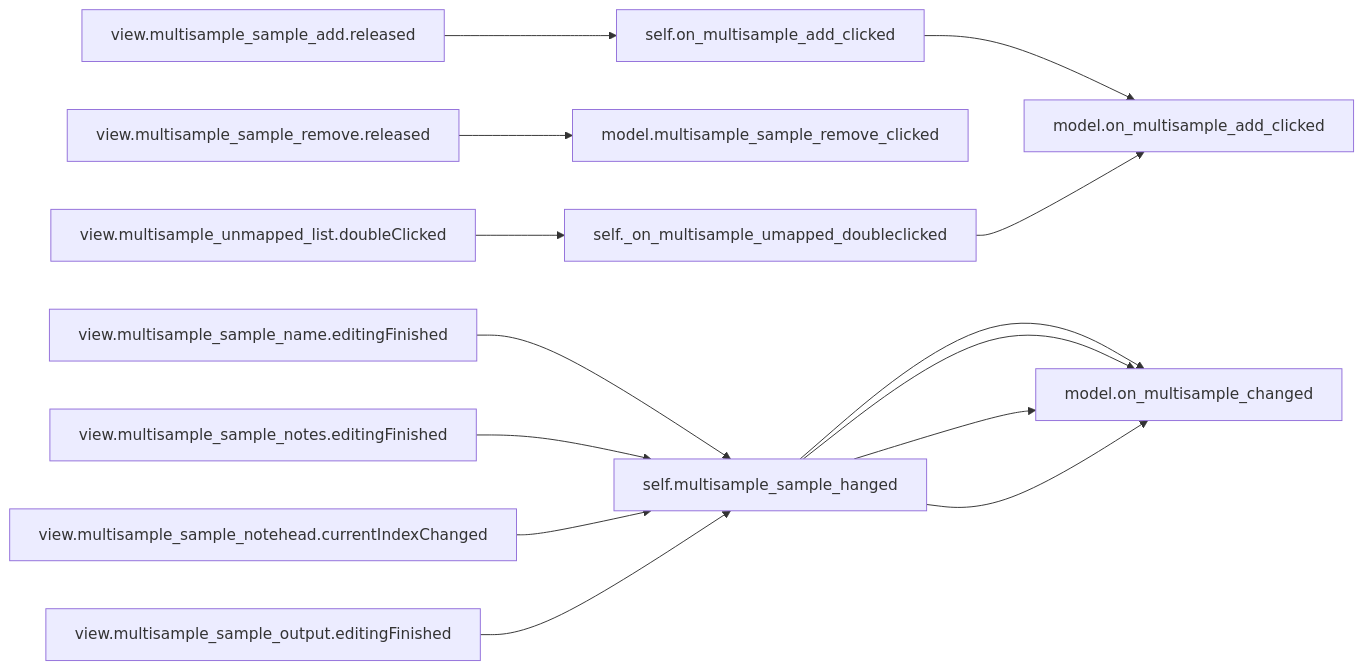
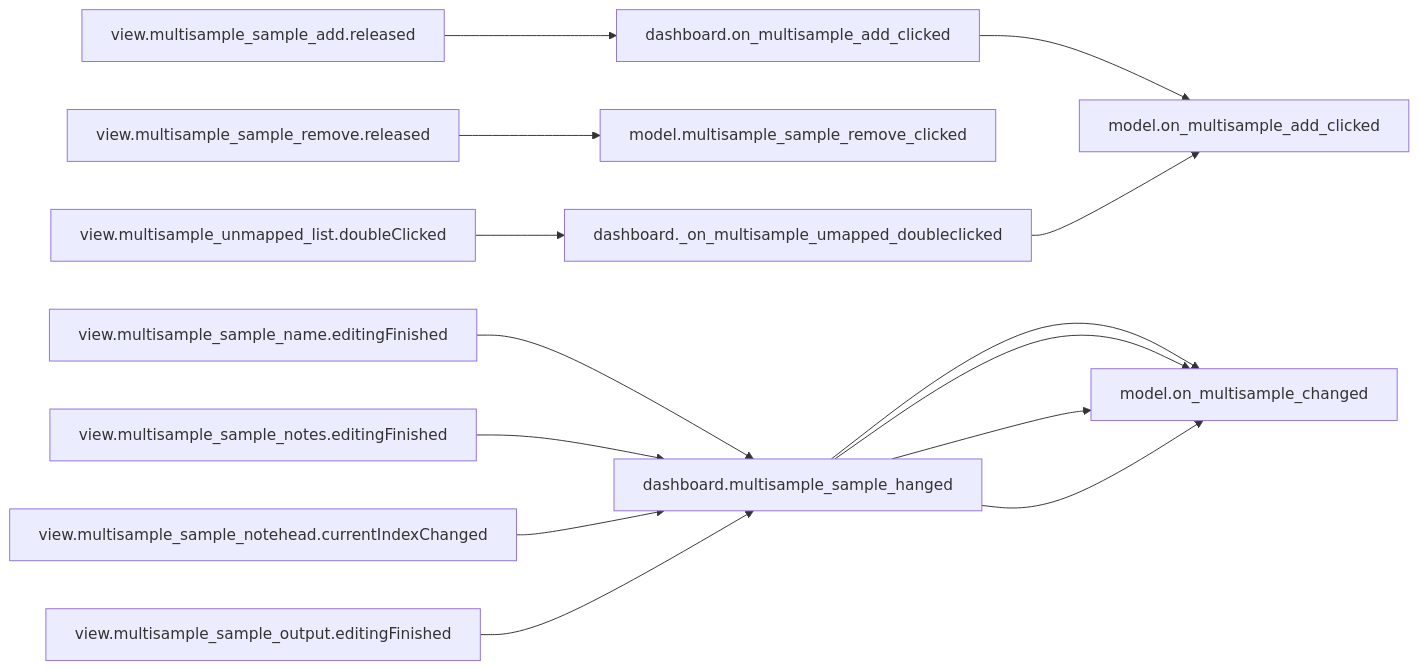
The eighth of 10 diagrams in doc/source/dashboard_signal_slot_map.rst (com-posers-pit/smw_music), drawn with Mermaid before and after one commit. The commit also changed other lines of this file and 6 other files, not shown here.

```diff
--- a/doc/source/dashboard_signal_slot_map.rst
+++ b/doc/source/dashboard_signal_slot_map.rst
@@ -191,10 +191,10 @@
 .. mermaid::
 
    flowchart LR
-      view.multisample_sample_add.released --> self.on_multisample_add_clicked --> model.on_multisample_add_clicked
+      view.multisample_sample_add.released --> dashboard.on_multisample_add_clicked --> model.on_multisample_add_clicked
       view.multisample_sample_remove.released --> model.multisample_sample_remove_clicked
-      view.multisample_sample_name.editingFinished --> self.multisample_sample_hanged --> model.on_multisample_changed
-      view.multisample_sample_notes.editingFinished --> self.multisample_sample_hanged --> model.on_multisample_changed
-      view.multisample_sample_notehead.currentIndexChanged --> self.multisample_sample_hanged --> model.on_multisample_changed
-      view.multisample_sample_output.editingFinished --> self.multisample_sample_hanged --> model.on_multisample_changed
-      view.multisample_unmapped_list.doubleClicked --> self._on_multisample_umapped_doubleclicked --> model.on_multisample_add_clicked
+      view.multisample_sample_name.editingFinished --> dashboard.multisample_sample_hanged --> model.on_multisample_changed
+      view.multisample_sample_notes.editingFinished --> dashboard.multisample_sample_hanged --> model.on_multisample_changed
+      view.multisample_sample_notehead.currentIndexChanged --> dashboard.multisample_sample_hanged --> model.on_multisample_changed
+      view.multisample_sample_output.editingFinished --> dashboard.multisample_sample_hanged --> model.on_multisample_changed
+      view.multisample_unmapped_list.doubleClicked --> dashboard._on_multisample_umapped_doubleclicked --> model.on_multisample_add_clicked
```
